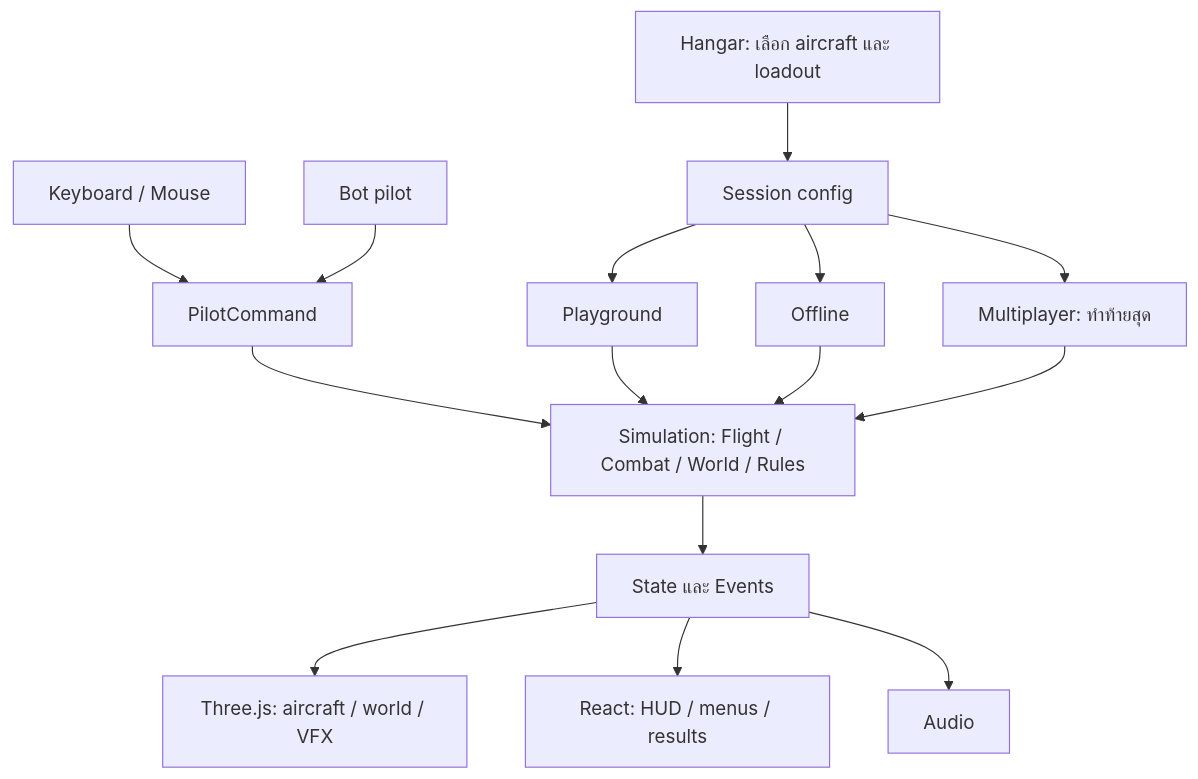
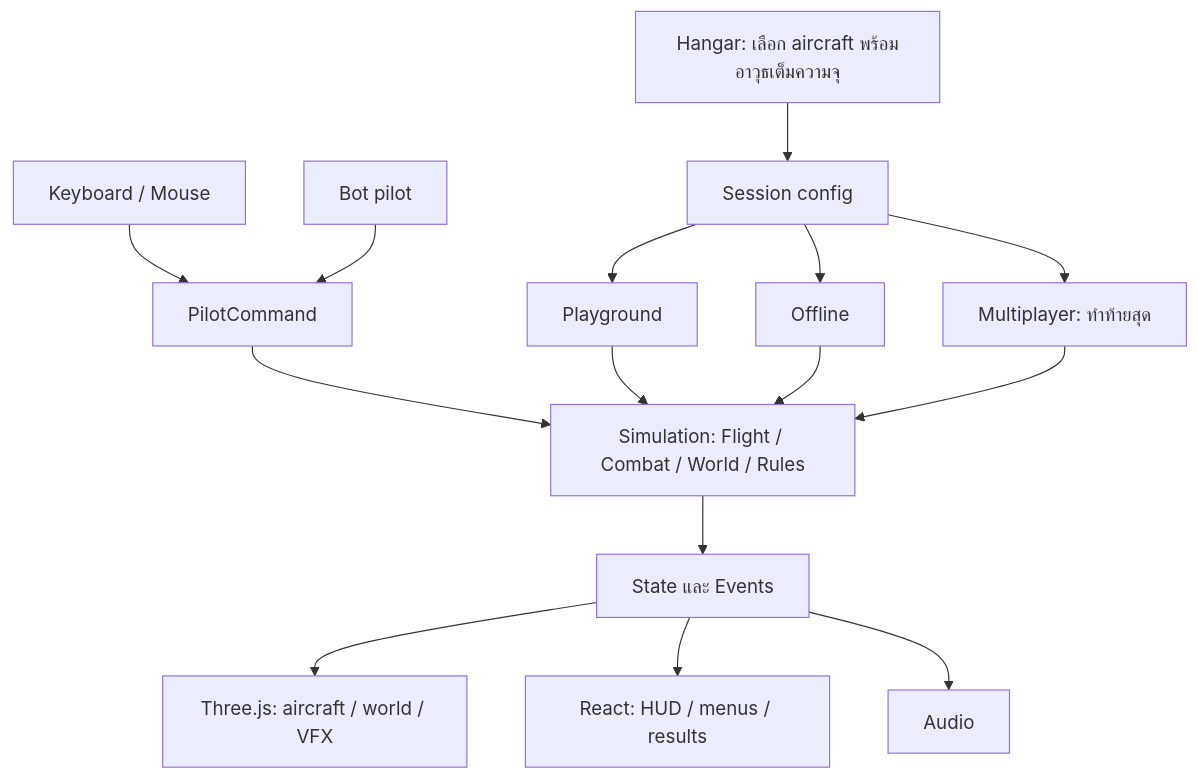
The diagram in MASTER_PLAN.md (Shinoo17/project-maverick), drawn with Mermaid before and after one commit. The commit also changed other lines of this file and 51 other files, not shown here.

````diff
--- a/MASTER_PLAN.md
+++ b/MASTER_PLAN.md
@@ -67,17 +67,17 @@
 ```mermaid
 flowchart TD
-  H[Hangar: เลือก aircraft และ loadout] --> C[Session config]
+  H[Hangar: เลือก aircraft พร้อมอาวุธเต็มความจุ] --> C[Session config]
   C --> P[Playground]
   C --> O[Offline]
   C --> M[Multiplayer: ทำท้ายสุด]
   I[Keyboard / Mouse] --> CMD[PilotCommand]
   B[Bot pilot] --> CMD
   CMD --> SIM[Simulation: Flight / Combat / World / Rules]
   P --> SIM
   O --> SIM
   M --> SIM
   SIM --> S[State และ Events]
   S --> V[Three.js: aircraft / world / VFX]
   S --> U[React: HUD / menus / results]
   S --> A[Audio]
 ```
````
